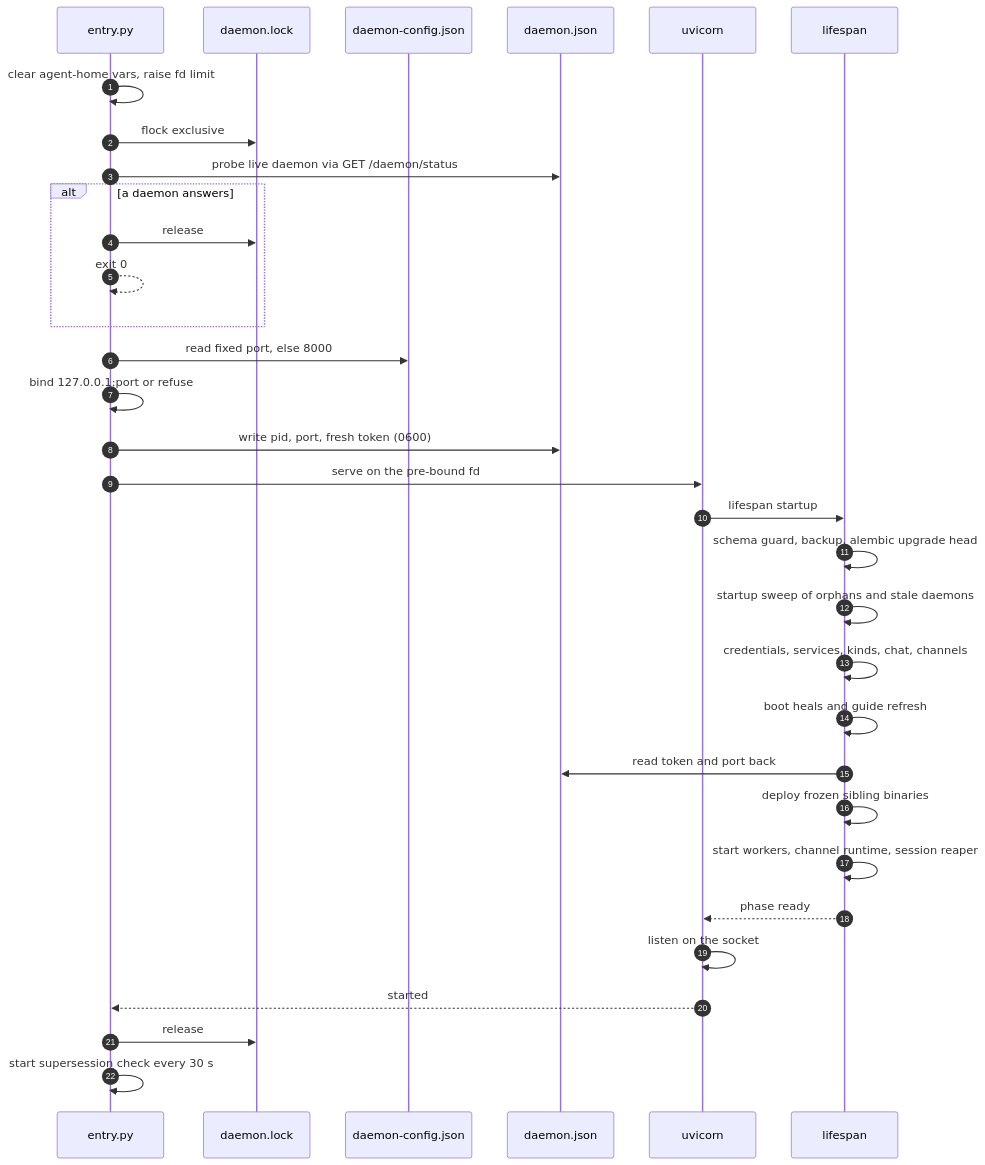
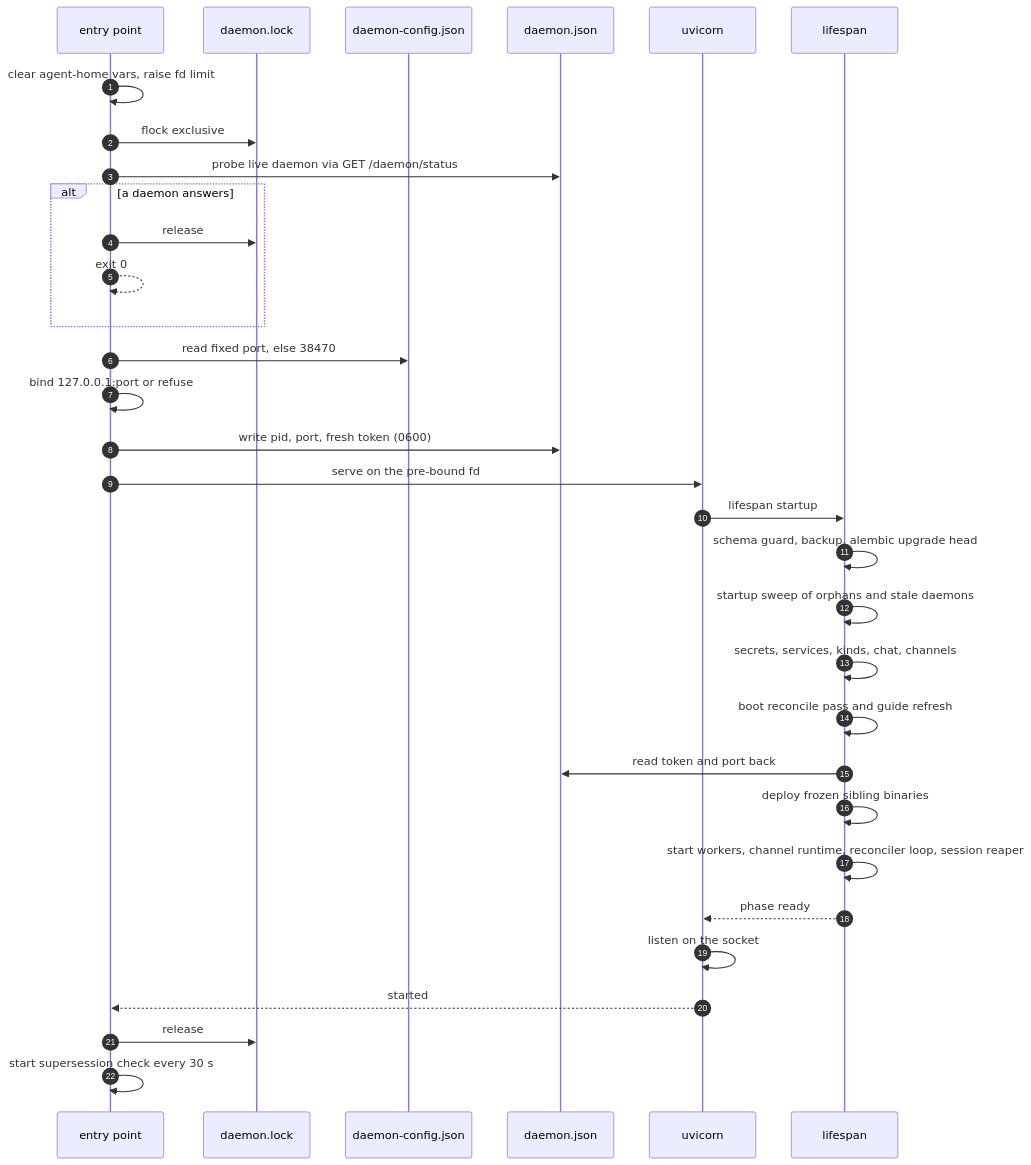
Before and after one commit to wyx-sg/Coffer: the second of 4 diagrams in docs-site/architecture/daemon.md, drawn with Mermaid. The commit also changed other lines of this file and 4384 other files, not shown here.

````diff
--- a/docs-site/architecture/daemon.md
+++ b/docs-site/architecture/daemon.md
@@ -103,34 +104,34 @@
 ```mermaid
 sequenceDiagram
   autonumber
-  participant E as entry.py
+  participant E as entry point
   participant L as daemon.lock
   participant C as daemon-config.json
   participant J as daemon.json
   participant U as uvicorn
   participant A as lifespan
   E->>E: clear agent-home vars, raise fd limit
   E->>L: flock exclusive
   E->>J: probe live daemon via GET /daemon/status
   alt a daemon answers
     E->>L: release
     E-->>E: exit 0
   end
-  E->>C: read fixed port, else 8000
+  E->>C: read fixed port, else 38470
   E->>E: bind 127.0.0.1:port or refuse
   E->>J: write pid, port, fresh token (0600)
   E->>U: serve on the pre-bound fd
   U->>A: lifespan startup
   A->>A: schema guard, backup, alembic upgrade head
   A->>A: startup sweep of orphans and stale daemons
-  A->>A: credentials, services, kinds, chat, channels
-  A->>A: boot heals and guide refresh
+  A->>A: secrets, services, kinds, chat, channels
+  A->>A: boot reconcile pass and guide refresh
   A->>J: read token and port back
   A->>A: deploy frozen sibling binaries
-  A->>A: start workers, channel runtime, session reaper
+  A->>A: start workers, channel runtime, reconciler loop, session reaper
   A-->>U: phase ready
   U->>U: listen on the socket
   U-->>E: started
   E->>L: release
   E->>E: start supersession check every 30 s
 ```
````
